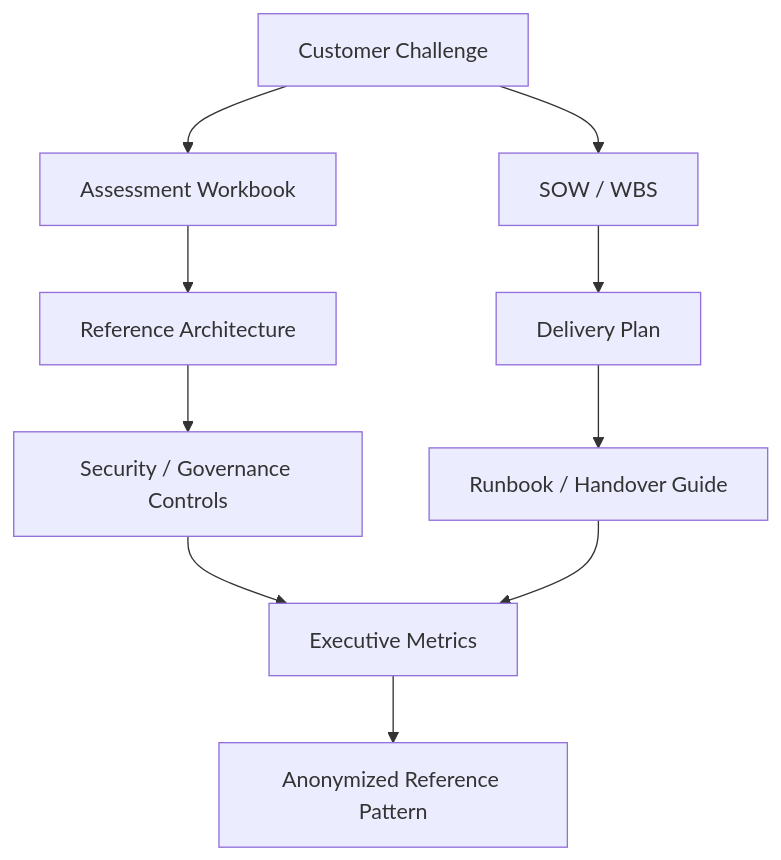
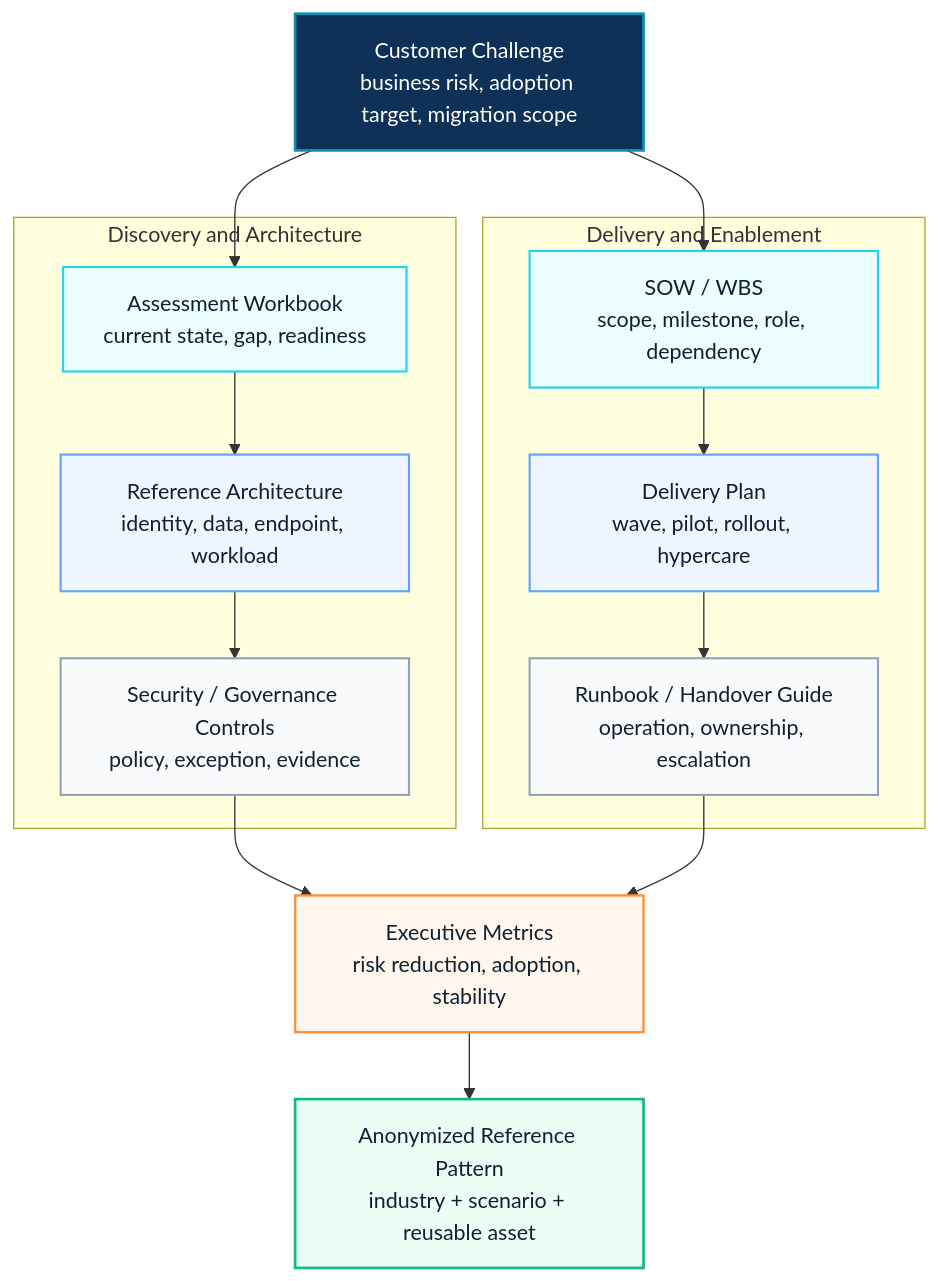
One commit to Eric841001/Eric841001.github.io changed the third of 3 diagrams in docs/projects/customer-success-reference-patterns.md. Above: the diagram before and after it, drawn with Mermaid. The commit also changed 2 other files, not shown here.

Commit message:
Polish Mermaid diagram styling

````diff
--- a/docs/projects/customer-success-reference-patterns.md
+++ b/docs/projects/customer-success-reference-patterns.md
@@ -74,12 +74,32 @@
 ```mermaid
 flowchart TB
-  Challenge["Customer Challenge"] --> Assessment["Assessment Workbook"]
-  Challenge --> SOW["SOW / WBS"]
-  Assessment --> Architecture["Reference Architecture"]
-  SOW --> Delivery["Delivery Plan"]
-  Architecture --> Controls["Security / Governance Controls"]
-  Delivery --> Runbook["Runbook / Handover Guide"]
-  Controls --> Metrics["Executive Metrics"]
-  Runbook --> Metrics
-  Metrics --> Reference["Anonymized Reference Pattern"]
+  Challenge["Customer Challenge<br/>business risk, adoption target, migration scope"]:::source
+
+  subgraph Discovery["Discovery and Architecture"]
+    Assessment["Assessment Workbook<br/>current state, gap, readiness"]:::asset
+    Architecture["Reference Architecture<br/>identity, data, endpoint, workload"]:::design
+    Controls["Security / Governance Controls<br/>policy, exception, evidence"]:::control
+  end
+
+  subgraph Delivery["Delivery and Enablement"]
+    SOW["SOW / WBS<br/>scope, milestone, role, dependency"]:::asset
+    Plan["Delivery Plan<br/>wave, pilot, rollout, hypercare"]:::design
+    Runbook["Runbook / Handover Guide<br/>operation, ownership, escalation"]:::control
+  end
+
+  Metrics["Executive Metrics<br/>risk reduction, adoption, stability"]:::metric
+  Reference["Anonymized Reference Pattern<br/>industry + scenario + reusable asset"]:::reference
+
+  Challenge --> Assessment
+  Challenge --> SOW
+  Assessment --> Architecture --> Controls --> Metrics
+  SOW --> Plan --> Runbook --> Metrics
+  Metrics --> Reference
+
+  classDef source fill:#0f3157,stroke:#0891b2,color:#ffffff,stroke-width:2px
+  classDef asset fill:#ecfeff,stroke:#22d3ee,color:#102033,stroke-width:1.6px
+  classDef design fill:#eff6ff,stroke:#60a5fa,color:#102033,stroke-width:1.6px
+  classDef control fill:#f8fafc,stroke:#94a3b8,color:#102033,stroke-width:1.6px
+  classDef metric fill:#fff7ed,stroke:#fb923c,color:#102033,stroke-width:1.8px
+  classDef reference fill:#ecfdf5,stroke:#10b981,color:#102033,stroke-width:2px
 ```
````
